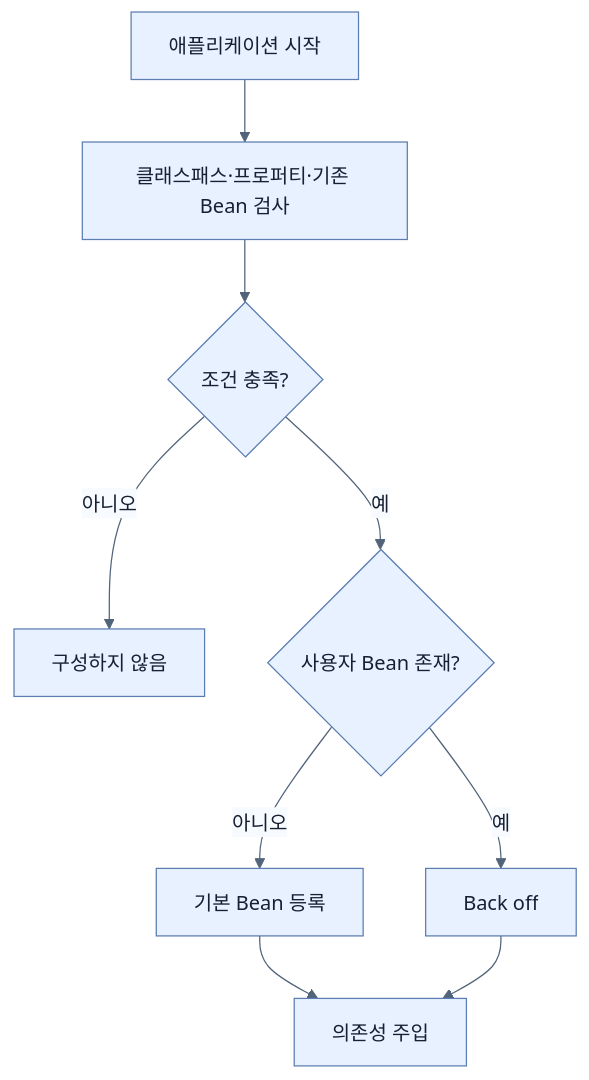
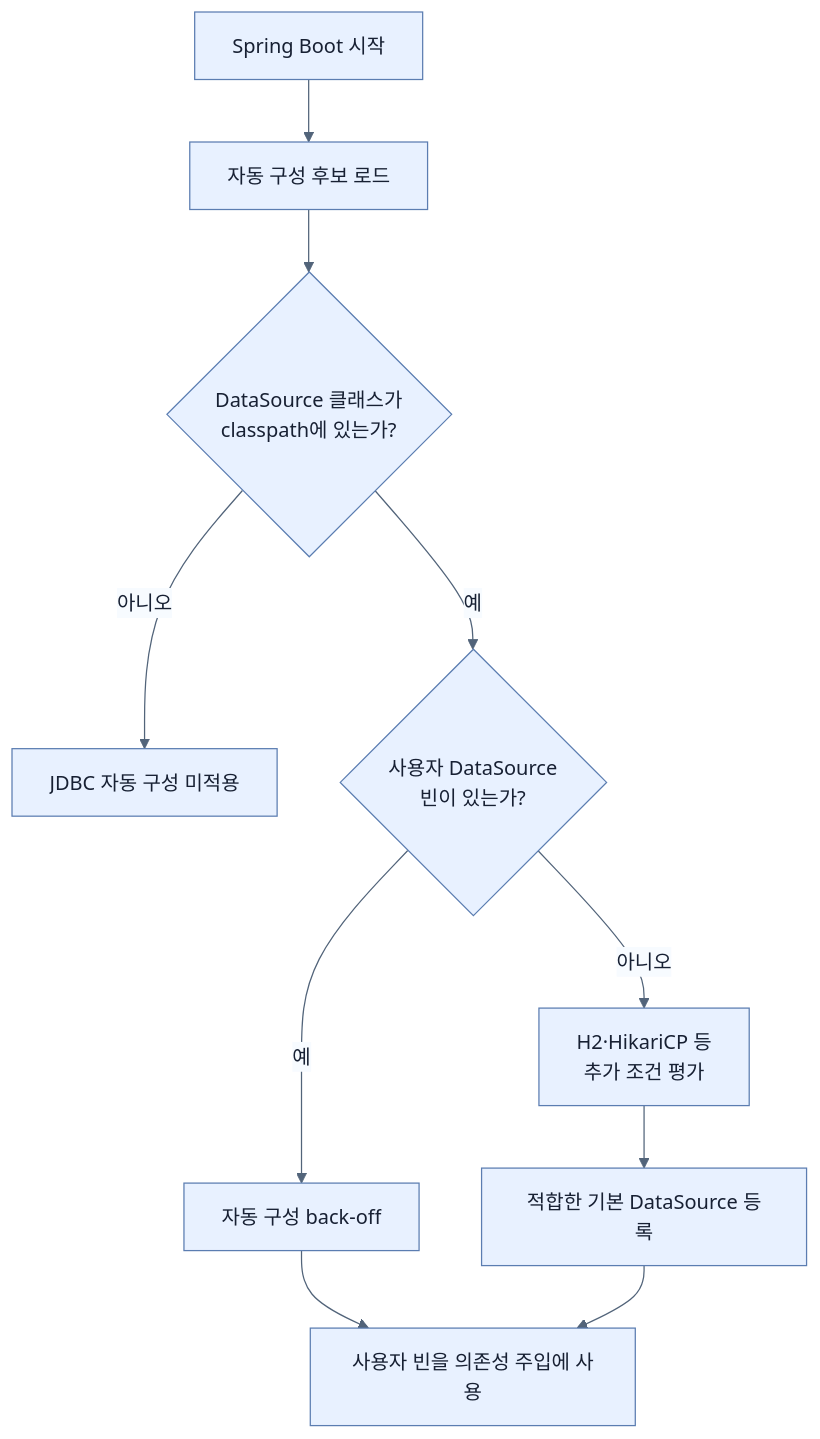
Before and after one commit to sing-u8/Learning_Spring_Boot_4: the second of 2 diagrams in spring-boot-4-pdf-notes/part-1-the-basics-of-spring-boot/chapter-1-core-features-of-spring-boot/01-autoconfiguring-spring-beans.md, drawn with Mermaid. The commit also changed other lines of this file and 253 other files, not shown here.

````diff
--- a/spring-boot-4-pdf-notes/part-1-the-basics-of-spring-boot/chapter-1-core-features-of-spring-boot/01-autoconfiguring-spring-beans.md
+++ b/spring-boot-4-pdf-notes/part-1-the-basics-of-spring-boot/chapter-1-core-features-of-spring-boot/01-autoconfiguring-spring-beans.md
@@ -34,12 +212,13 @@
 ```mermaid
 %%{init: {'theme': 'base', 'themeVariables': {'background': '#ffffff', 'primaryColor': '#e8f1ff', 'primaryTextColor': '#172033', 'primaryBorderColor': '#5b7db1', 'lineColor': '#52647a', 'secondaryColor': '#f7fbff', 'tertiaryColor': '#fff7df'}}}%%
 flowchart TD
-    A[애플리케이션 시작] --> B[클래스패스·프로퍼티·기존 Bean 검사]
-    B --> C{조건 충족?}
-    C -- 아니오 --> D[구성하지 않음]
-    C -- 예 --> E{사용자 Bean 존재?}
-    E -- 예 --> F[Back off]
-    E -- 아니오 --> G[기본 Bean 등록]
-    G --> H[의존성 주입]
-    F --> H
+    A["Spring Boot 시작"] --> B["자동 구성 후보 로드"]
+    B --> C{"DataSource 클래스가<br/>classpath에 있는가?"}
+    C -- "아니오" --> X["JDBC 자동 구성 미적용"]
+    C -- "예" --> D{"사용자 DataSource<br/>빈이 있는가?"}
+    D -- "예" --> E["자동 구성 back-off"]
+    D -- "아니오" --> F["H2·HikariCP 등<br/>추가 조건 평가"]
+    F --> G["적합한 기본 DataSource 등록"]
+    E --> H["사용자 빈을 의존성 주입에 사용"]
+    G --> H
 ```
````
